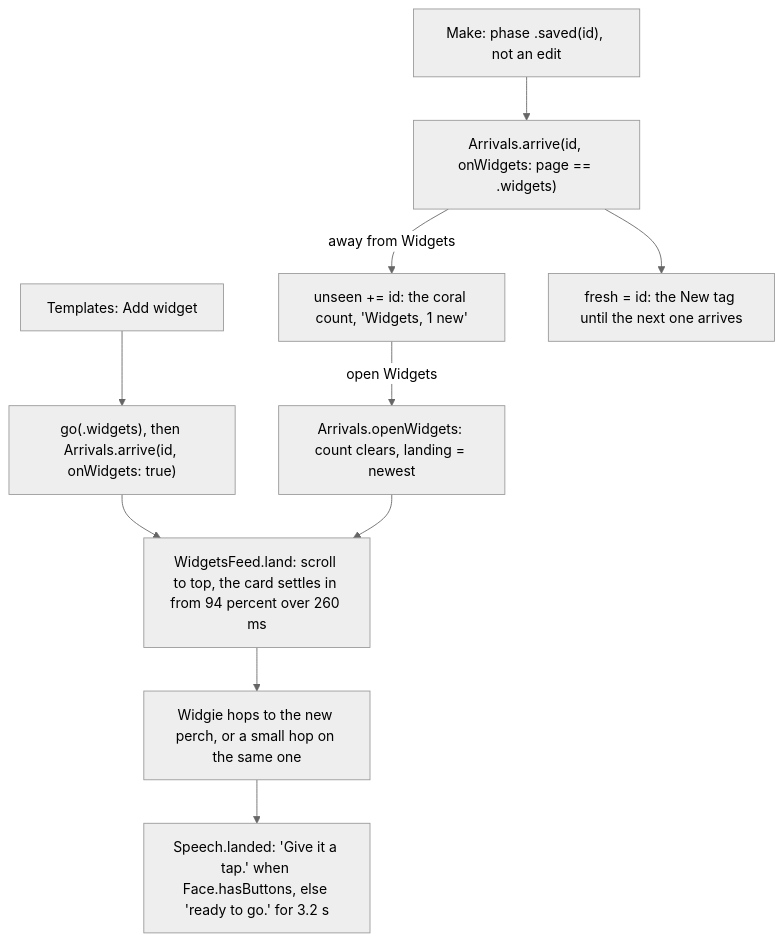
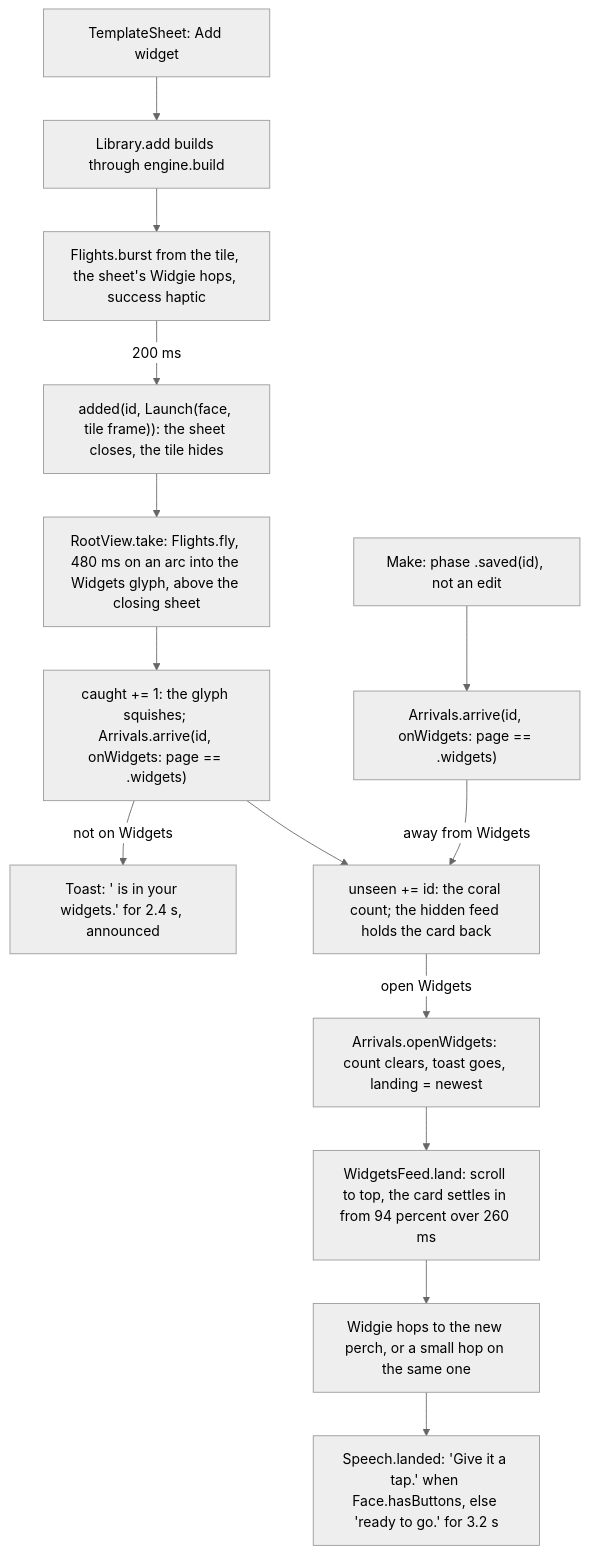
The third of 4 diagrams in docs/pr/17-app-shell-u1b.md (Krutik460/Widgie), drawn with Mermaid (neutral theme) before and after one commit. The commit also changed other lines of this file and 1 other file, not shown here.

Commit message:
Record the review fixes and the prototype's Add widget in the plan and the PR 17 guide

````diff
--- a/docs/pr/17-app-shell-u1b.md
+++ b/docs/pr/17-app-shell-u1b.md
@@ -65,12 +73,16 @@
 ```mermaid
 flowchart TD
-  TPL["Templates: Add widget"] --> GOW["go(.widgets), then Arrivals.arrive(id, onWidgets: true)"]
+  ADD["TemplateSheet: Add widget"] --> BUILD["Library.add builds through engine.build"]
+  BUILD --> CHEER["Flights.burst from the tile, the sheet's Widgie hops, success haptic"]
+  CHEER -->|"200 ms"| LAUNCH["added(id, Launch(face, tile frame)): the sheet closes, the tile hides"]
+  LAUNCH --> FLY["RootView.take: Flights.fly, 480 ms on an arc into the Widgets glyph, above the closing sheet"]
+  FLY --> CATCH["caught += 1: the glyph squishes; Arrivals.arrive(id, onWidgets: page == .widgets)"]
+  CATCH -->|"not on Widgets"| TOAST["Toast: '<name> is in your widgets.' for 2.4 s, announced"]
   MAKE["Make: phase .saved(id), not an edit"] --> ARR["Arrivals.arrive(id, onWidgets: page == .widgets)"]
-  ARR -->|"away from Widgets"| BADGE["unseen += id: the coral count, 'Widgets, 1 new'"]
-  BADGE -->|"open Widgets"| OPEN["Arrivals.openWidgets: count clears, landing = newest"]
-  GOW --> LAND
+  CATCH --> BADGE
+  ARR -->|"away from Widgets"| BADGE["unseen += id: the coral count; the hidden feed holds the card back"]
+  BADGE -->|"open Widgets"| OPEN["Arrivals.openWidgets: count clears, toast goes, landing = newest"]
   OPEN --> LAND["WidgetsFeed.land: scroll to top, the card settles in from 94 percent over 260 ms"]
   LAND --> REACT["Widgie hops to the new perch, or a small hop on the same one"]
   REACT --> SAY["Speech.landed: 'Give it a tap.' when Face.hasButtons, else 'ready to go.' for 3.2 s"]
-  ARR --> NEW["fresh = id: the New tag until the next one arrives"]
 ```
````
